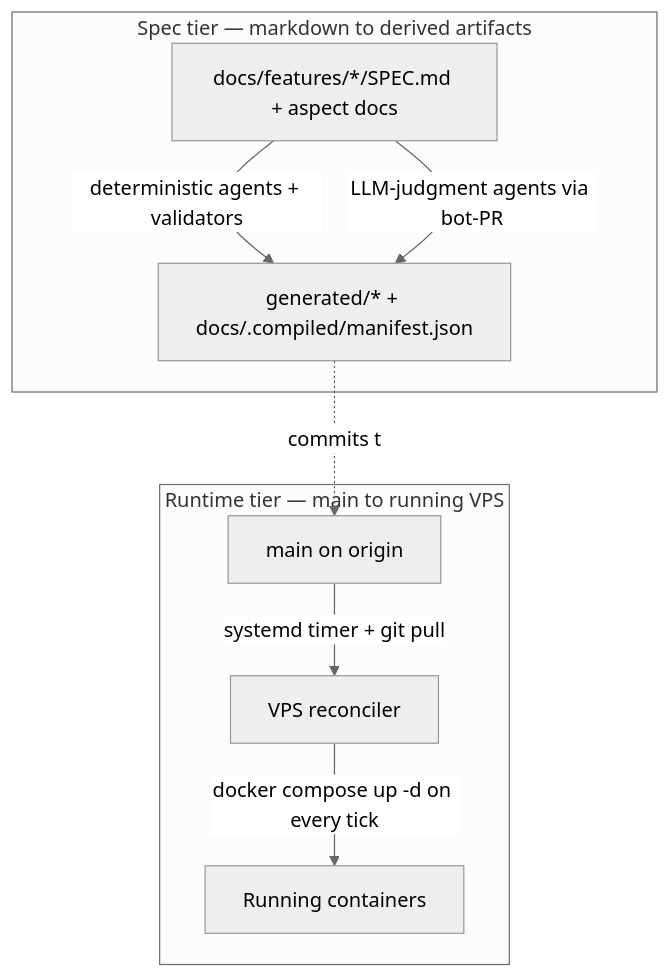
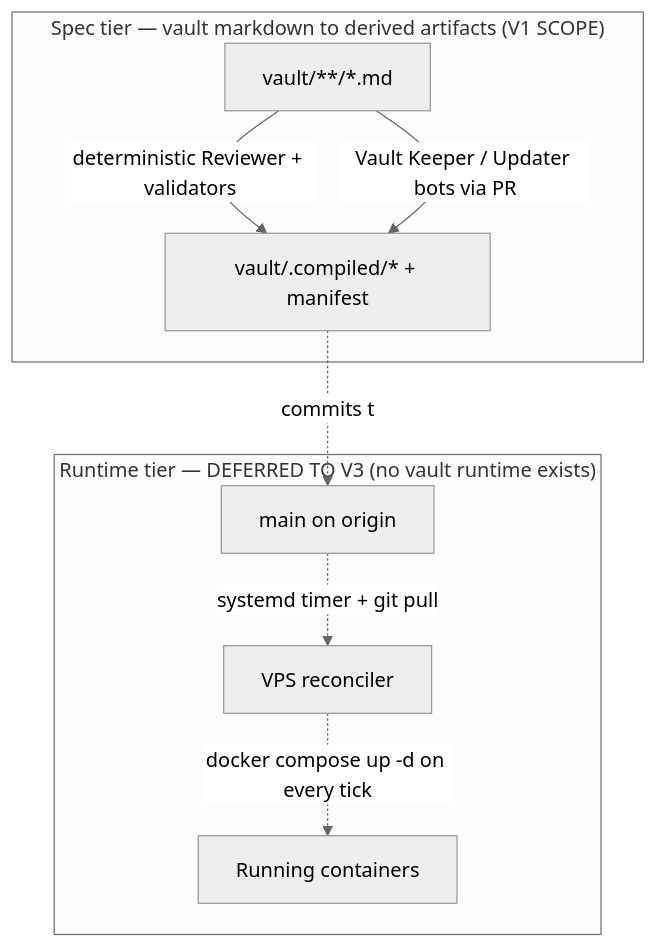
The first of 3 diagrams in docs/features/gitops-assessment/DISCOVERY.md (cyberAlchemyAI/domainspec), drawn with Mermaid (neutral theme) before and after one commit. The commit also changed other lines of this file and 20 other files, not shown here.

````diff
--- a/docs/features/gitops-assessment/DISCOVERY.md
+++ b/docs/features/gitops-assessment/DISCOVERY.md
@@ -72,12 +106,12 @@
 ```mermaid
 graph TD
-    subgraph SpecTier["Spec tier — markdown to derived artifacts"]
-        Spec[docs/features/*/SPEC.md + aspect docs] -->|deterministic agents + validators| Derived[generated/* + docs/.compiled/manifest.json]
-        Spec -->|LLM-judgment agents via bot-PR| Derived
+    subgraph SpecTier["Spec tier — vault markdown to derived artifacts (V1 SCOPE)"]
+        Spec[vault/**/*.md] -->|deterministic Reviewer + validators| Derived[vault/.compiled/* + manifest]
+        Spec -->|Vault Keeper / Updater bots via PR| Derived
     end
-    subgraph RuntimeTier["Runtime tier — main to running VPS"]
-        MainBranch[main on origin] -->|systemd timer + git pull| VPS[VPS reconciler]
-        VPS -->|docker compose up -d on every tick| Containers[Running containers]
+    subgraph RuntimeTier["Runtime tier — DEFERRED TO V3 (no vault runtime exists)"]
+        MainBranch[main on origin] -.->|systemd timer + git pull| VPS[VPS reconciler]
+        VPS -.->|docker compose up -d on every tick| Containers[Running containers]
     end
     Derived -.commits to.-> MainBranch
 ```
````
